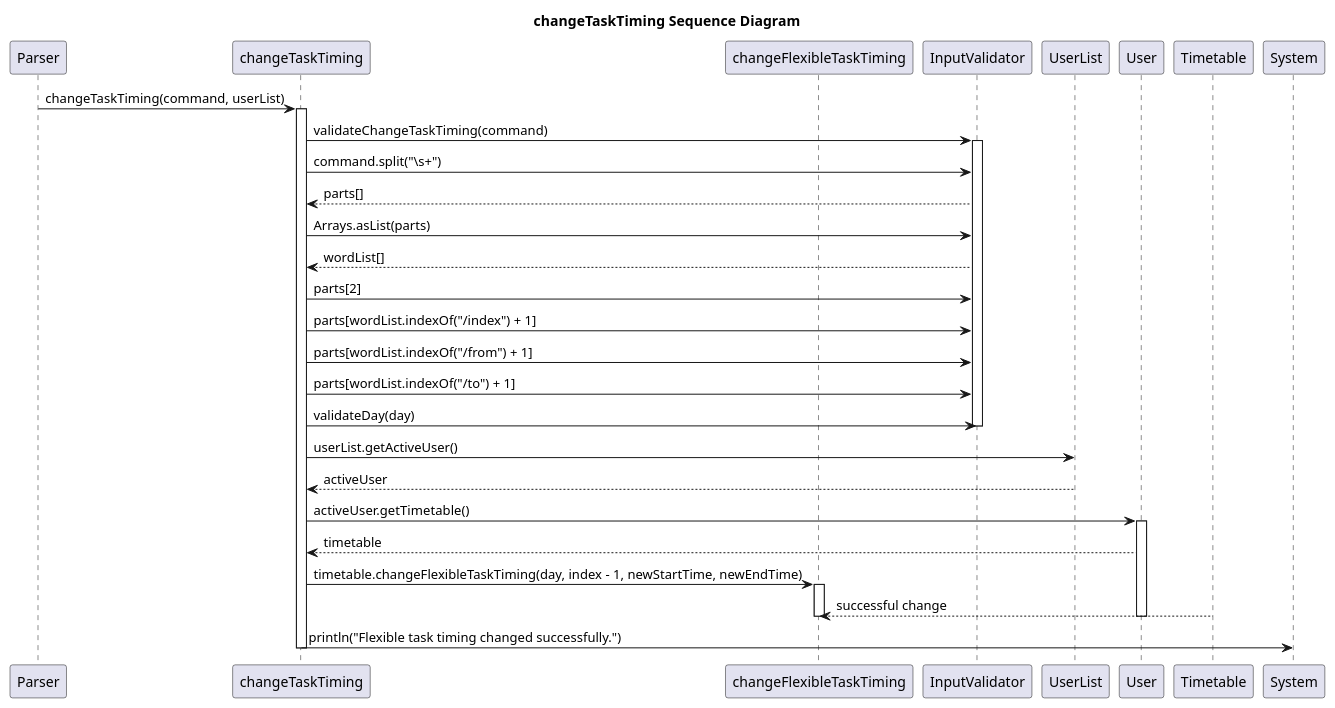
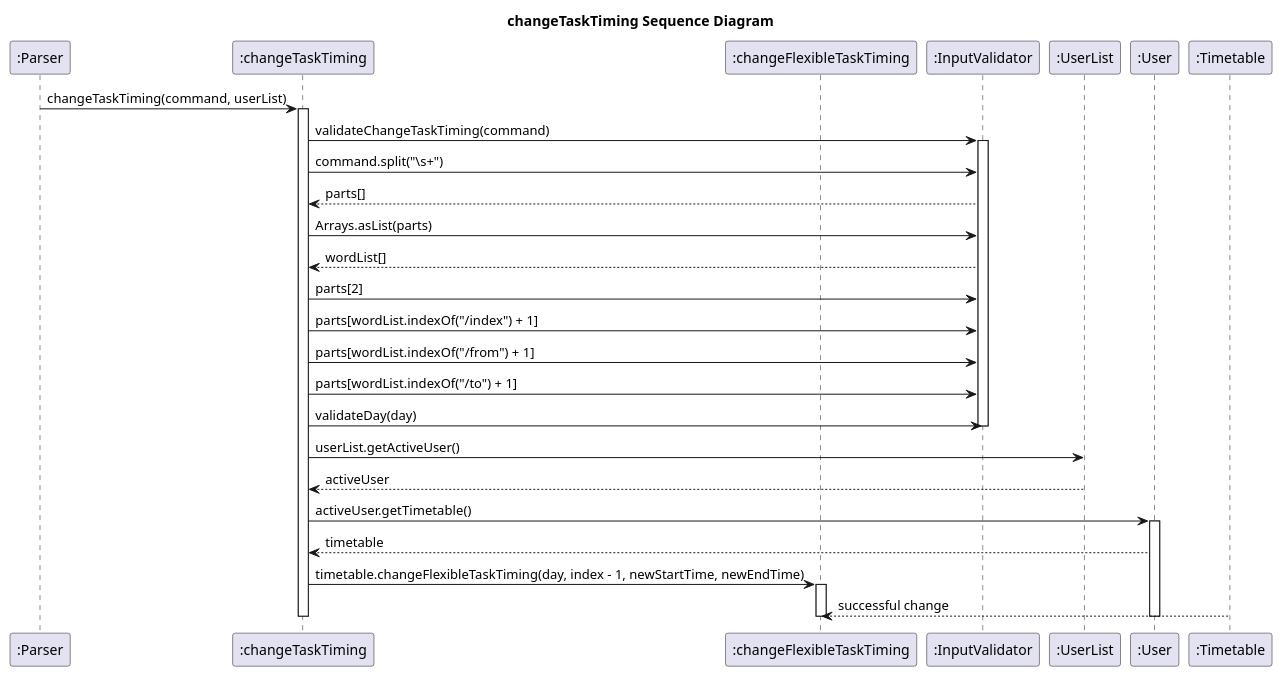
One commit to ZhuSijia0711/tp changed the diagram in docs/AddUserTaskSequenceDiagram.puml. Above: the diagram before and after it, drawn with PlantUML. The commit also changed 9 other files, not shown here.

Commit message:
Fixing DG diagrams

```diff
--- a/docs/AddUserTaskSequenceDiagram.puml
+++ b/docs/AddUserTaskSequenceDiagram.puml
@@ -1,39 +1,38 @@
 @startuml
 title changeTaskTiming Sequence Diagram
 
-participant "Parser" as Caller
-participant "changeTaskTiming" as Method
-participant "changeFlexibleTaskTiming" as FlexibleMethod
-participant "InputValidator" as InputValidator
-participant "UserList" as UserList
-participant "User" as User
-participant "Timetable" as Timetable
+participant ":Parser" as Caller
+participant ":changeTaskTiming" as Method
+participant ":changeFlexibleTaskTiming" as FlexibleMethod
+participant ":InputValidator" as InputValidator
+participant ":UserList" as UserList
+participant ":User" as User
+participant ":Timetable" as Timetable
 
 Caller -> Method: changeTaskTiming(command, userList)
 activate Method
 Method -> InputValidator: validateChangeTaskTiming(command)
 activate InputValidator
 Method -> InputValidator: command.split("\\s+")
 Method <-- InputValidator: parts[]
 Method -> InputValidator: Arrays.asList(parts)
 Method <-- InputValidator: wordList[]
 Method -> InputValidator: parts[2]
 Method -> InputValidator: parts[wordList.indexOf("/index") + 1]
 Method -> InputValidator: parts[wordList.indexOf("/from") + 1]
 Method -> InputValidator: parts[wordList.indexOf("/to") + 1]
 Method -> InputValidator: validateDay(day)
 deactivate InputValidator
 Method -> UserList: userList.getActiveUser()
 Method <-- UserList: activeUser
 Method -> User: activeUser.getTimetable()
 activate User
 Method <-- User: timetable
 Method -> FlexibleMethod: timetable.changeFlexibleTaskTiming(day, index - 1, newStartTime, newEndTime)
 activate FlexibleMethod
 FlexibleMethod <-- Timetable: successful change
 deactivate FlexibleMethod
 deactivate User
-Method -> System: println("Flexible task timing changed successfully.")
 deactivate Method
 
 @enduml
```
